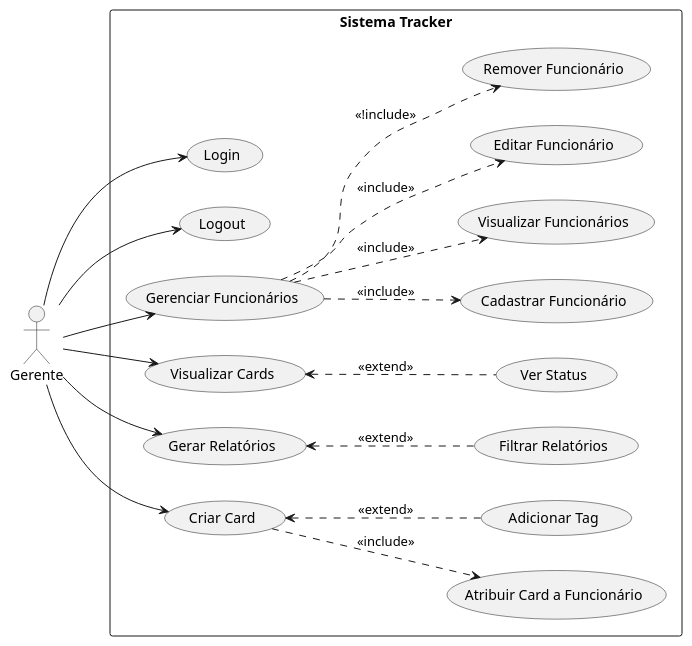
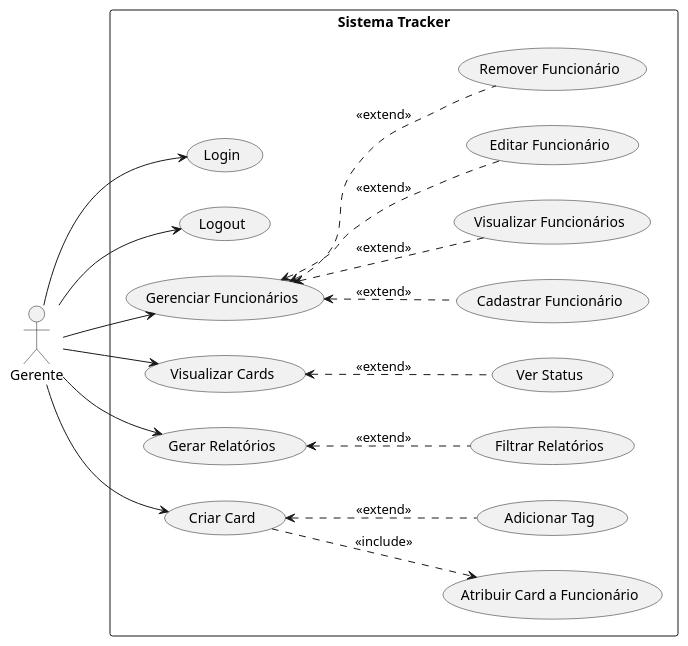
One commit to biiaalmeida/Tracker changed the diagram in mcu_gerente.iuml. Above: the diagram before and after it, drawn with PlantUML.

Commit message:
refactor: corrects extends

```diff
--- a/mcu_gerente.iuml
+++ b/mcu_gerente.iuml
@@ -1,49 +1,49 @@
 @startuml
 left to right direction
 
 actor Gerente
 
 rectangle "Sistema Tracker" {
 
     (Login) as UC1
     (Logout) as UC2
 
     (Gerenciar Funcionários) as UC3
     (Cadastrar Funcionário) as UC4
     (Visualizar Funcionários) as UC5
     (Editar Funcionário) as UC6
     (Remover Funcionário) as UC7
 
     (Visualizar Cards) as UC8
     (Ver Status) as UC10
 
     (Gerar Relatórios) as UC11
     (Filtrar Relatórios) as UC12
     (Criar Card) as UC13
     (Atribuir Card a Funcionário) as UC14
     (Adicionar Tag) as UC15
 
 }
 
 Gerente --> UC1
 Gerente --> UC2
 Gerente --> UC3
 Gerente --> UC8
 Gerente --> UC11
 Gerente --> UC13
 
-UC3 ..> UC4 : <<include>>
-UC3 ..> UC5 : <<include>>
-UC3 ..> UC6 : <<include>>
-UC3 ..> UC7 : <<!include>>
+UC3 <.. UC4 : <<extend>>
+UC3 <.. UC5 : <<extend>>
+UC3 <.. UC6 : <<extend>>
+UC3 <.. UC7 : <<extend>>
 
 
 UC8 <.. UC10 : <<extend>>
 
 UC11 <.. UC12 : <<extend>>
 
 UC13 ..> UC14 : <<include>>
 
 UC13 <.. UC15 : <<extend>>
 
 @enduml
```
